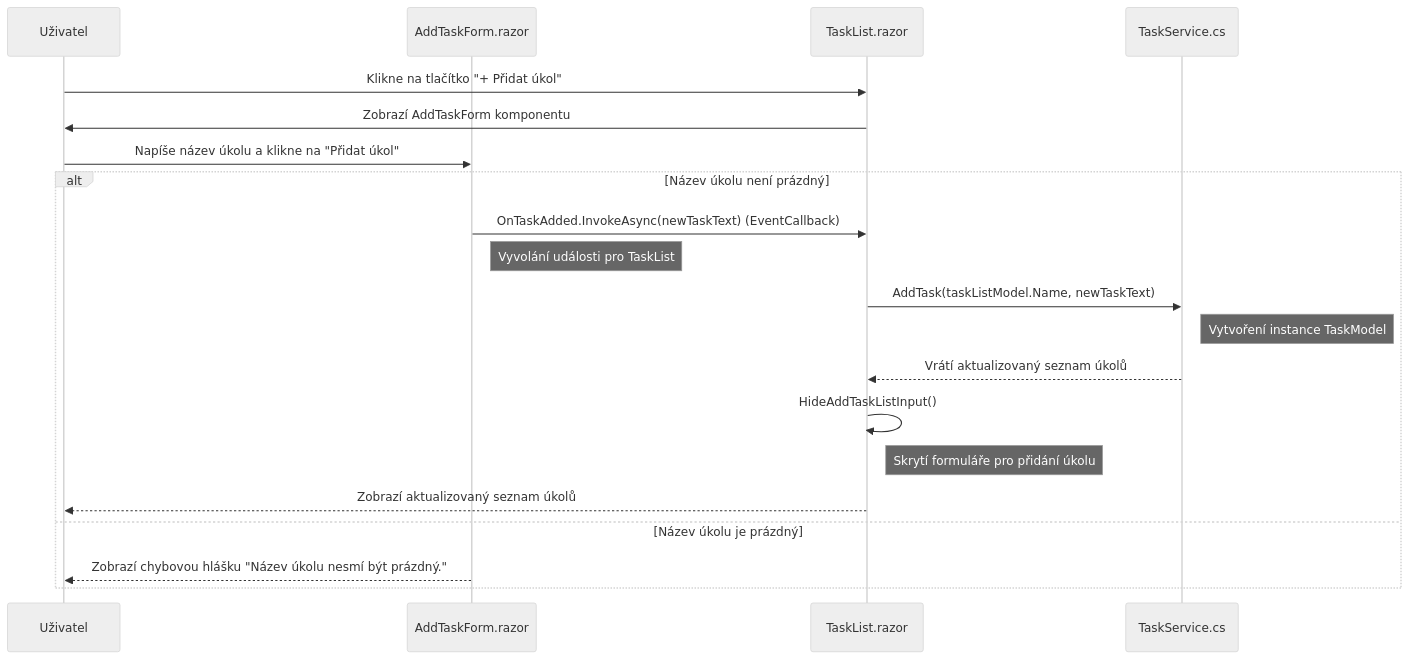
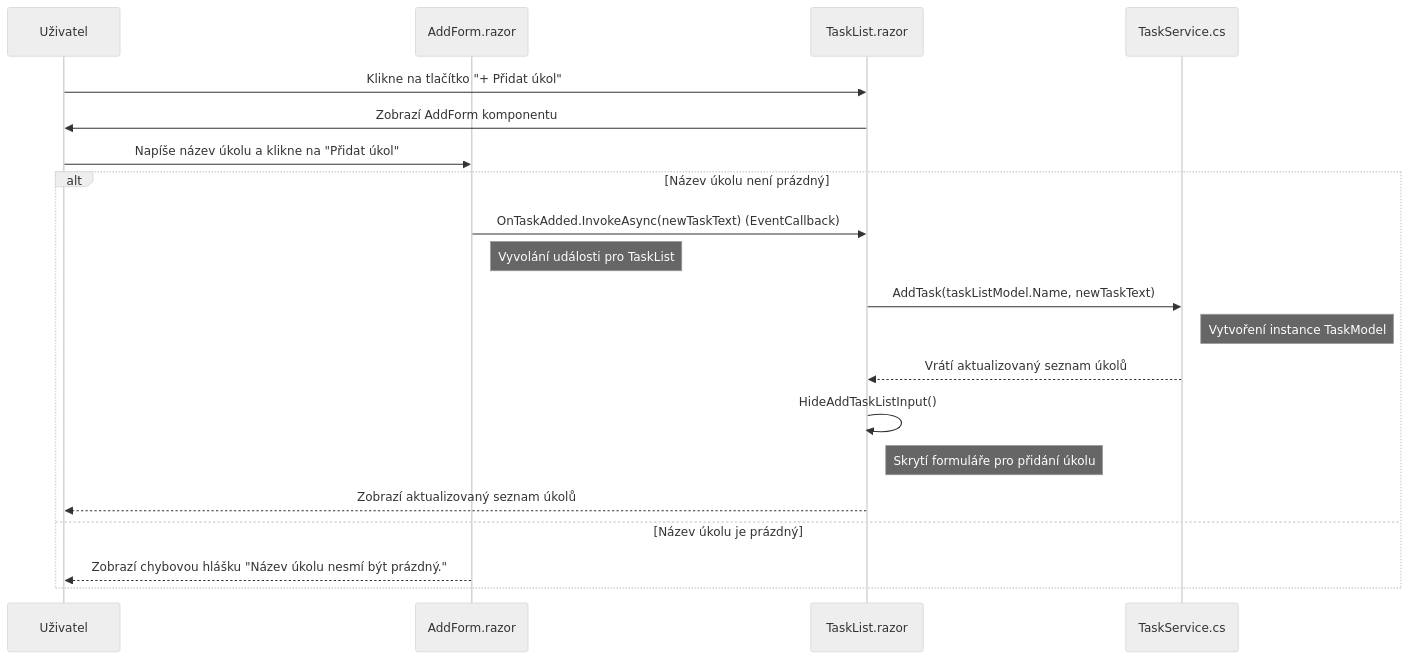
The diagram in README.md (ValdemarPospisil/Blazor), drawn with Mermaid (neutral theme) before and after one commit. The commit also changed other lines of this file, not shown here.

````diff
--- a/README.md
+++ b/README.md
@@ -157,27 +156,27 @@
 ```mermaid
 sequenceDiagram
     participant User as Uživatel
-    participant AddTaskForm as AddTaskForm.razor
+    participant AddForm as AddForm.razor
     participant TaskList as TaskList.razor
     participant TaskService as TaskService.cs
 
     User->>TaskList: Klikne na tlačítko "+ Přidat úkol"
-    TaskList->>User: Zobrazí AddTaskForm komponentu
-    User->>AddTaskForm: Napíše název úkolu a klikne na "Přidat úkol"
+    TaskList->>User: Zobrazí AddForm komponentu
+    User->>AddForm: Napíše název úkolu a klikne na "Přidat úkol"
     
     alt Název úkolu není prázdný
-        AddTaskForm->>TaskList: OnTaskAdded.InvokeAsync(newTaskText) (EventCallback)
-        Note right of AddTaskForm: Vyvolání události pro TaskList
+        AddForm->>TaskList: OnTaskAdded.InvokeAsync(newTaskText) (EventCallback)
+        Note right of AddForm: Vyvolání události pro TaskList
         
         TaskList->>TaskService: AddTask(taskListModel.Name, newTaskText)
         Note right of TaskService: Vytvoření instance TaskModel
         TaskService-->>TaskList: Vrátí aktualizovaný seznam úkolů
         
         TaskList->>TaskList: HideAddTaskListInput()
         Note right of TaskList: Skrytí formuláře pro přidání úkolu
         
         TaskList-->>User: Zobrazí aktualizovaný seznam úkolů
     else Název úkolu je prázdný
-        AddTaskForm-->>User: Zobrazí chybovou hlášku "Název úkolu nesmí být prázdný."
+        AddForm-->>User: Zobrazí chybovou hlášku "Název úkolu nesmí být prázdný."
     end
 ```
````
